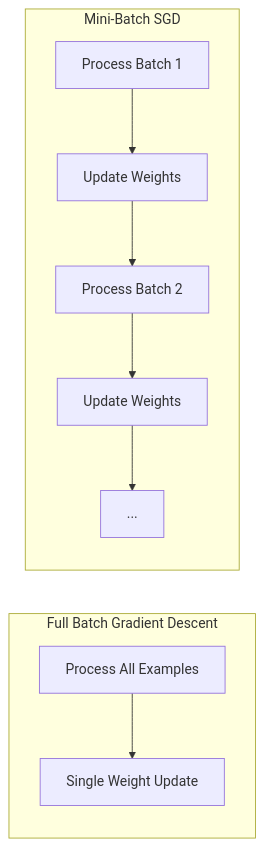
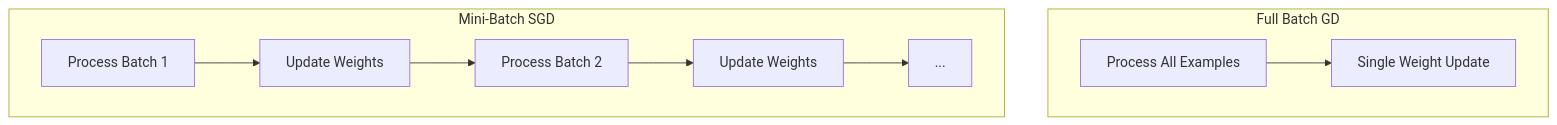
One commit to reveurmichael/machine_learning changed diagram 11 of 14 in week-4/code-nn-from-scratch.md. Above: the diagram before and after it, drawn with Mermaid. The commit also changed other lines of this file, not shown here.

````diff
--- a/week-4/code-nn-from-scratch.md
+++ b/week-4/code-nn-from-scratch.md
@@ -877,12 +877,12 @@
 ```mermaid
-graph LR
-    subgraph "Full Batch Gradient Descent"
+graph TD
+    subgraph "Full Batch GD"
         FBG[Process All Examples] --> FBU[Single Weight Update]
     end
     subgraph "Mini-Batch SGD"
         SGD1[Process Batch 1] --> SGD1U[Update Weights]
         SGD1U --> SGD2[Process Batch 2] 
         SGD2 --> SGD2U[Update Weights]
         SGD2U --> SGD3[...]
     end
 ```
````
